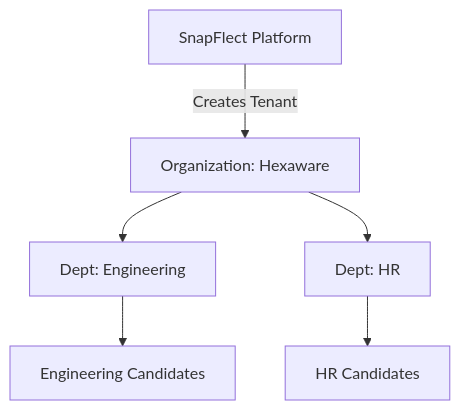
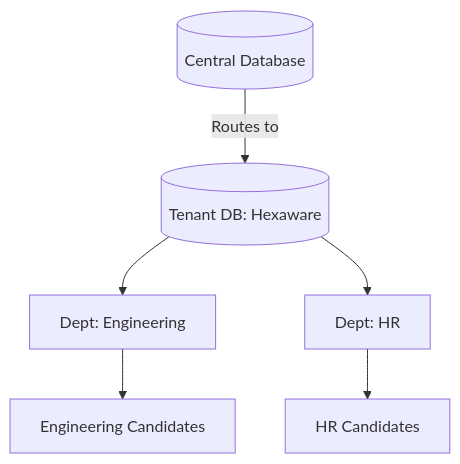
One commit to snapflect/SnapflectAssessmentPortal changed the first of 2 diagrams in 500_BUSINESS_MODEL_AND_TENANCY_ARCHITECTURE.md. Above: the diagram before and after it, drawn with Mermaid. The commit also changed other lines of this file and 370 other files, not shown here.

````diff
--- a/500_BUSINESS_MODEL_AND_TENANCY_ARCHITECTURE.md
+++ b/500_BUSINESS_MODEL_AND_TENANCY_ARCHITECTURE.md
@@ -31,10 +39,10 @@
 ```mermaid
 graph TD
-    S[SnapFlect Platform] -->|Creates Tenant| H[Organization: Hexaware]
+    S[(Central Database)] -->|Routes to| H[(Tenant DB: Hexaware)]
     
     H --> D1[Dept: Engineering]
     H --> D2[Dept: HR]
     
     D1 --> C1[Engineering Candidates]
     D2 --> C2[HR Candidates]
 ```
````
